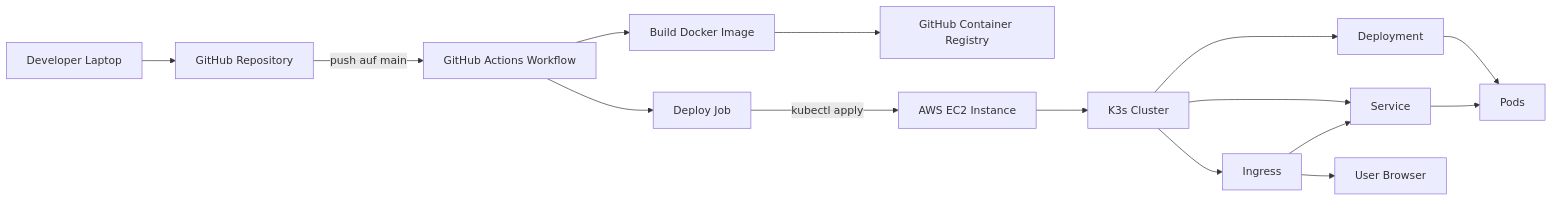
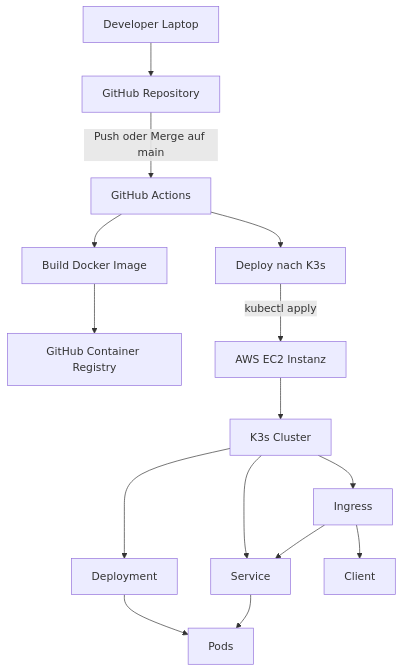
One commit to Cancani/geraeteausleihe-sem4 changed the diagram in docs/architektur.md. Above: the diagram before and after it, drawn with Mermaid. The commit also changed other lines of this file and 6 other files, not shown here.

````diff
--- a/docs/architektur.md
+++ b/docs/architektur.md
@@ -40,17 +34,17 @@
 ```mermaid
-flowchart LR
+flowchart TD
   Dev[Developer Laptop] --> Repo[GitHub Repository]
-  Repo -->|push auf main| Actions[GitHub Actions Workflow]
+  Repo -->|Push oder Merge auf main| Actions[GitHub Actions]
   Actions --> Build[Build Docker Image]
   Build --> GHCR[GitHub Container Registry]
-  Actions --> Deploy[Deploy Job]
-  Deploy -->|kubectl apply| EC2[AWS EC2 Instance]
+  Actions --> Deploy[Deploy nach K3s]
+  Deploy -->|kubectl apply| EC2[AWS EC2 Instanz]
   EC2 --> K3s[K3s Cluster]
   K3s --> DEP[Deployment]
   DEP --> PODS[Pods]
   K3s --> SVC[Service]
   K3s --> ING[Ingress]
-  ING --> Users[User Browser]
+  ING --> Users[Client]
   ING --> SVC
   SVC --> PODS
 ```
````
